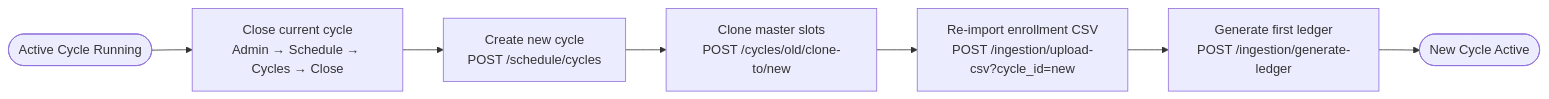
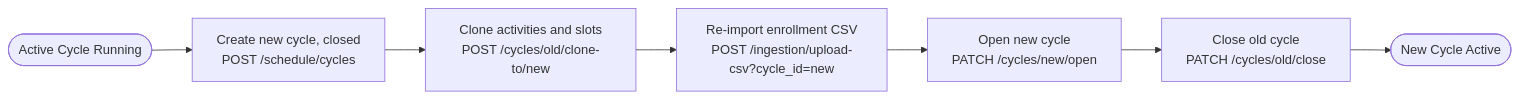
Before and after one commit to Life-Experimentalist/Chronos-Ledger: the second of 2 diagrams in docs/deployment.md, drawn with Mermaid. The commit also changed other lines of this file and 12 other files, not shown here.

````diff
--- a/docs/deployment.md
+++ b/docs/deployment.md
@@ -167,9 +167,9 @@
 ```mermaid
 flowchart LR
-    A([Active Cycle Running]) --> B[Close current cycle\nAdmin → Schedule → Cycles → Close]
-    B --> C[Create new cycle\nPOST /schedule/cycles]
-    C --> D[Clone master slots\nPOST /cycles/old/clone-to/new]
-    D --> E[Re-import enrollment CSV\nPOST /ingestion/upload-csv?cycle_id=new]
-    E --> F[Generate first ledger\nPOST /ingestion/generate-ledger]
+    A([Active Cycle Running]) --> B[Create new cycle, closed\nPOST /schedule/cycles]
+    B --> C[Clone activities and slots\nPOST /cycles/old/clone-to/new]
+    C --> D[Re-import enrollment CSV\nPOST /ingestion/upload-csv?cycle_id=new]
+    D --> E[Open new cycle\nPATCH /cycles/new/open]
+    E --> F[Close old cycle\nPATCH /cycles/old/close]
     F --> G([New Cycle Active])
 ```
````
